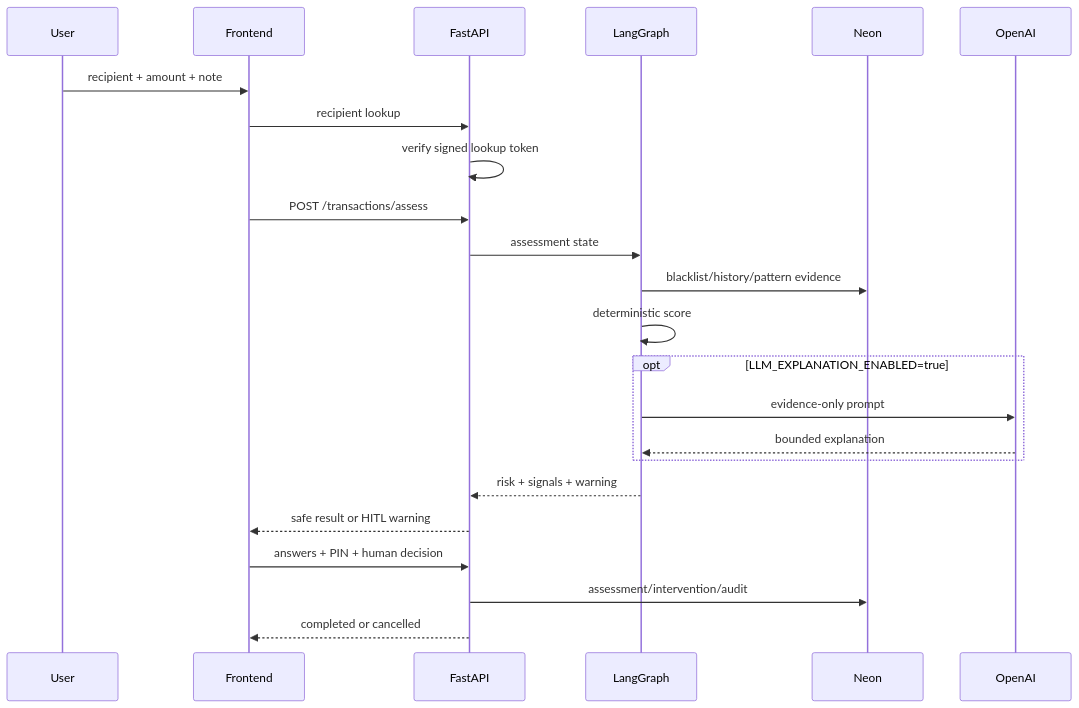
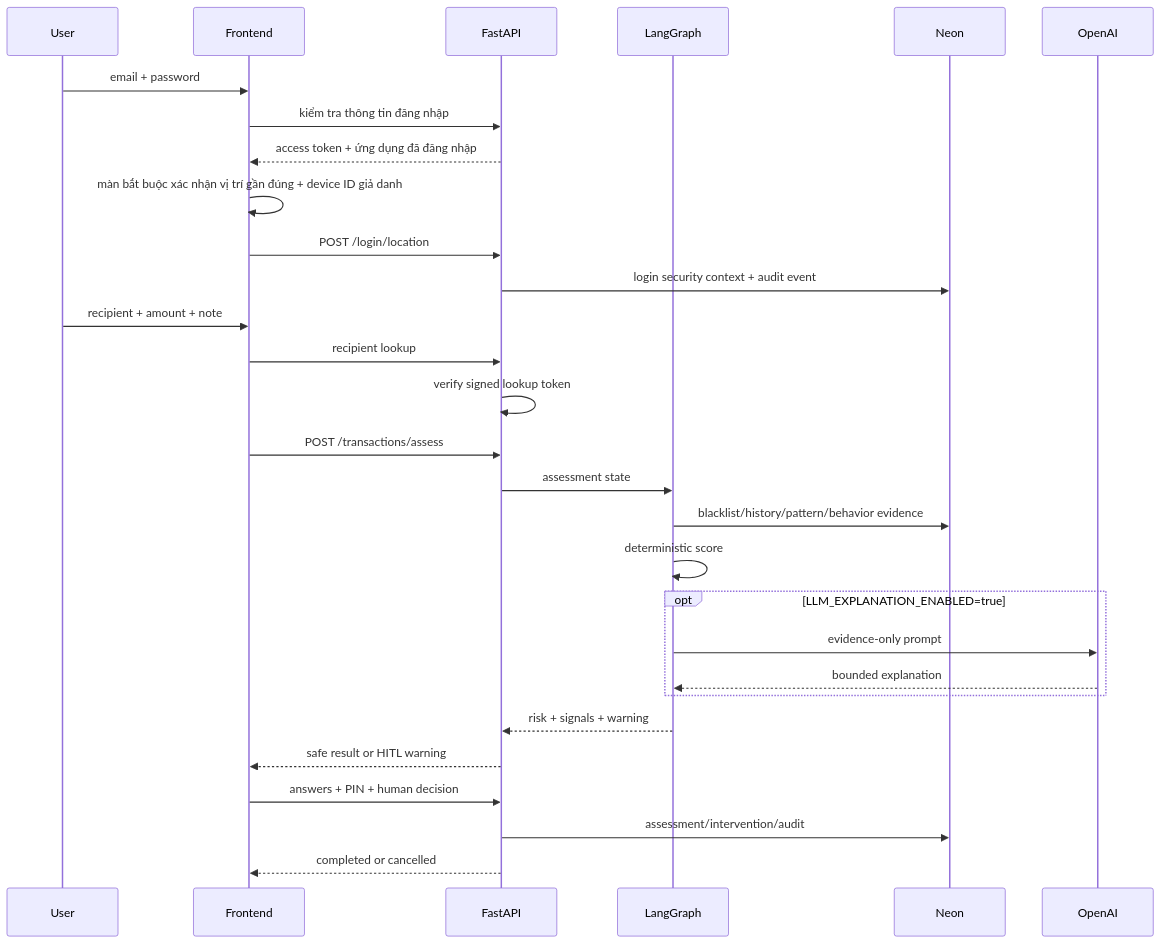
One commit to ngovan15121977-bit/Anti-Scam-Demo changed the second of 3 diagrams in ARCHITECTURE.md. Above: the diagram before and after it, drawn with Mermaid. The commit also changed other lines of this file and 31 other files, not shown here.

````diff
--- a/ARCHITECTURE.md
+++ b/ARCHITECTURE.md
@@ -25,25 +25,31 @@
 ```mermaid
 sequenceDiagram
     participant U as User
     participant F as Frontend
     participant A as FastAPI
     participant G as LangGraph
     participant D as Neon
     participant L as OpenAI
+    U->>F: email + password
+    F->>A: kiểm tra thông tin đăng nhập
+    A-->>F: access token + ứng dụng đã đăng nhập
+    F->>F: màn bắt buộc xác nhận vị trí gần đúng + device ID giả danh
+    F->>A: POST /login/location
+    A->>D: login security context + audit event
     U->>F: recipient + amount + note
     F->>A: recipient lookup
     A->>A: verify signed lookup token
     F->>A: POST /transactions/assess
     A->>G: assessment state
-    G->>D: blacklist/history/pattern evidence
+    G->>D: blacklist/history/pattern/behavior evidence
     G->>G: deterministic score
     opt LLM_EXPLANATION_ENABLED=true
       G->>L: evidence-only prompt
       L-->>G: bounded explanation
     end
     G-->>A: risk + signals + warning
     A-->>F: safe result or HITL warning
     F->>A: answers + PIN + human decision
     A->>D: assessment/intervention/audit
     A-->>F: completed or cancelled
 ```
````
